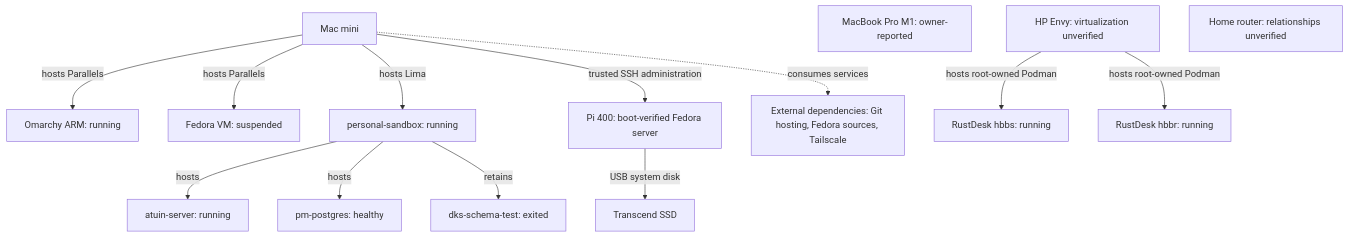
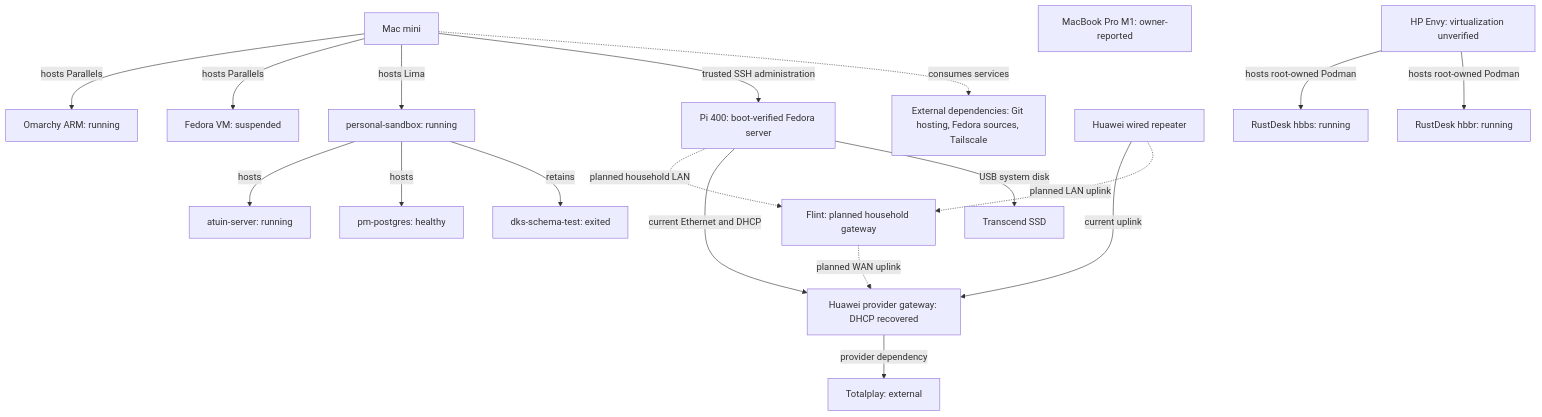
One commit to Saltiola7/dotfiles changed the first of 3 diagrams in docs/specs/homelab_topology/README.md. Above: the diagram before and after it, drawn with Mermaid. The commit also changed other lines of this file and 5 other files, not shown here.

Commit message:
docs(homelab): record DHCP and Flint target

````diff
--- a/docs/specs/homelab_topology/README.md
+++ b/docs/specs/homelab_topology/README.md
@@ -88,20 +91,26 @@
 ```mermaid
 flowchart TD
   accTitle: Personal homelab baseline
-  accDescr: Mac mini hosts Parallels guests and a personal Lima sandbox. Sandbox hosts three observed containers. MacBook Pro, HP and the boot-verified Pi are separate physical targets. Pi storage and administration are observed. External providers are separate dependencies.
+  accDescr: Mac mini hosts Parallels guests and a personal Lima sandbox. Sandbox hosts three observed containers. MacBook Pro, HP and the boot-verified Pi are separate physical targets. Pi storage and administration are observed. Huawei currently supplies Pi DHCP and the extender uplink. Flint links are planned only. External providers are separate dependencies.
   Mac[Mac mini] -->|hosts Parallels| Omarchy[Omarchy ARM: running]
   Mac -->|hosts Parallels| Fedora[Fedora VM: suspended]
   Mac -->|hosts Lima| Lima[personal-sandbox: running]
   Lima -->|hosts| Atuin[atuin-server: running]
   Lima -->|hosts| PG[pm-postgres: healthy]
   Lima -->|retains| Test[dks-schema-test: exited]
   MBP[MacBook Pro M1: owner-reported]
   HP[HP Envy: virtualization unverified]
   HP -->|hosts root-owned Podman| HBBS[RustDesk hbbs: running]
   HP -->|hosts root-owned Podman| HBBR[RustDesk hbbr: running]
-  Router[Home router: relationships unverified]
+  Router[Huawei provider gateway: DHCP recovered]
+  Router -->|provider dependency| Provider[Totalplay: external]
+  Extender[Huawei wired repeater] -->|current uplink| Router
+  Flint[Flint: planned household gateway] -.->|planned WAN uplink| Router
+  Extender -.->|planned LAN uplink| Flint
+  Pi -.->|planned household LAN| Flint
+  Pi -->|current Ethernet and DHCP| Router
   Pi[Pi 400: boot-verified Fedora server] -->|USB system disk| SSD[Transcend SSD]
   Mac -->|trusted SSH administration| Pi
   External[External dependencies: Git hosting, Fedora sources, Tailscale]
   Mac -.->|consumes services| External
 ```
````
